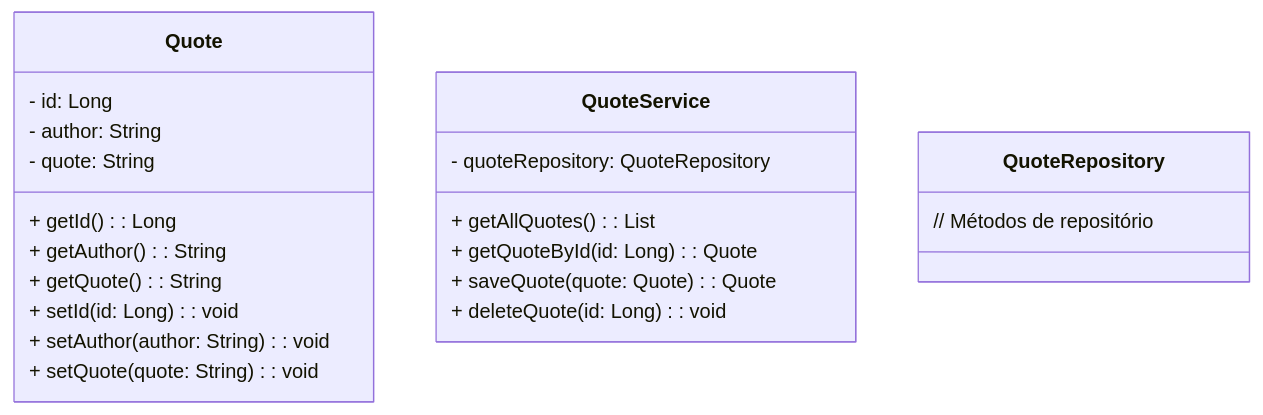
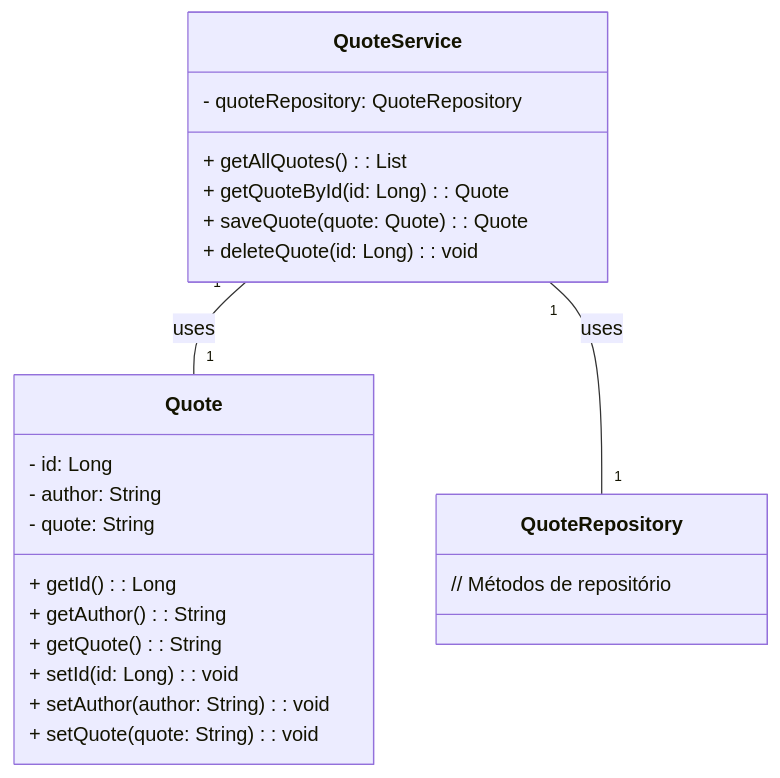
One commit to tokyohmachine/quote-generator changed the diagram in README.md. Above: the diagram before and after it, drawn with Mermaid.

````diff
--- a/README.md
+++ b/README.md
@@ -5,25 +5,28 @@
 ```mermaid
 classDiagram
     class Quote {
         - id: Long
         - author: String
         - quote: String
         + getId(): Long
         + getAuthor(): String
         + getQuote(): String
         + setId(id: Long): void
         + setAuthor(author: String): void
         + setQuote(quote: String): void
     }
     class QuoteService {
         - quoteRepository: QuoteRepository
         + getAllQuotes(): List<Quote>
         + getQuoteById(id: Long): Quote
         + saveQuote(quote: Quote): Quote
         + deleteQuote(id: Long): void
     }
     class QuoteRepository {
         // Métodos de repositório
     }
 
+    QuoteService "1" -- "1" Quote : uses
+    QuoteService "1" -- "1" QuoteRepository : uses
+
 ```
````
